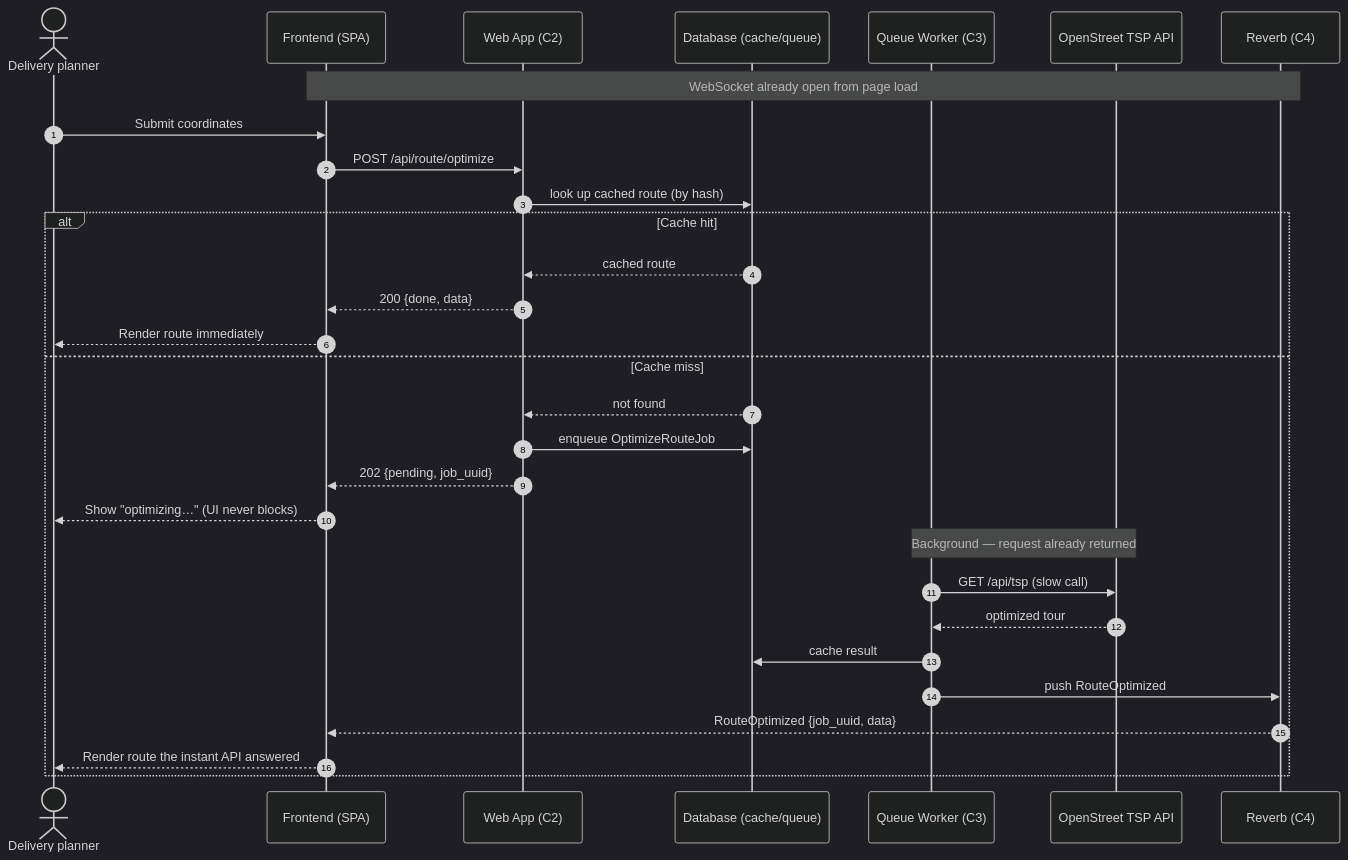
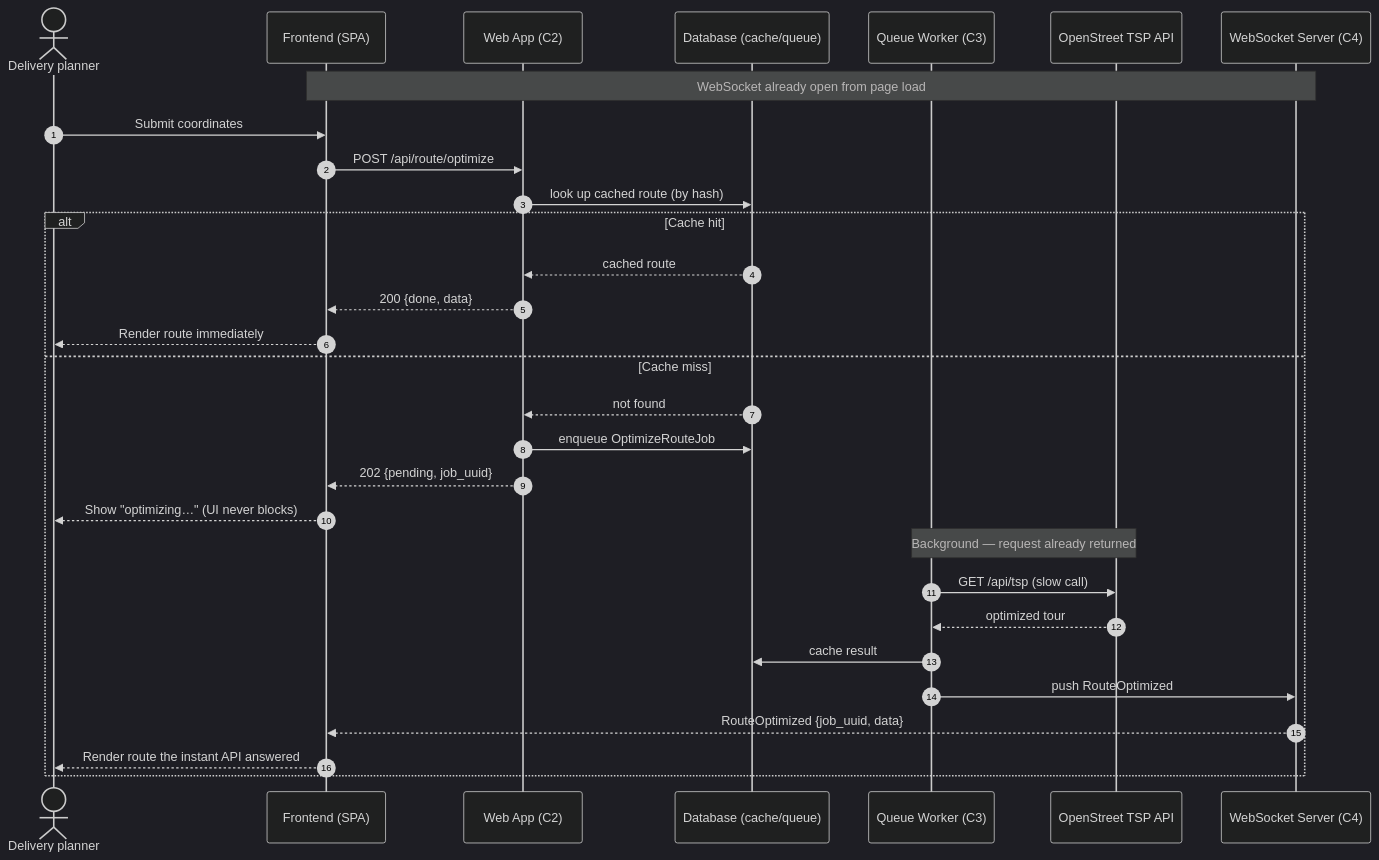
The fourth of 4 diagrams in specs/001-delivery-route-optimization/architecture.md (Bruoche/optistock), drawn with Mermaid (dark theme) before and after one commit. The commit also changed other lines of this file, not shown here.

Commit message:
Clarifying and fixing architecture diagrams

````diff
--- a/specs/001-delivery-route-optimization/architecture.md
+++ b/specs/001-delivery-route-optimization/architecture.md
@@ -208,36 +182,36 @@
 ```mermaid
 sequenceDiagram
     autonumber
     actor U as Delivery planner
     participant F as Frontend (SPA)
     participant W as Web App (C2)
     participant DB as Database (cache/queue)
     participant Q as Queue Worker (C3)
     participant API as OpenStreet TSP API
-    participant WS as Reverb (C4)
+    participant WS as WebSocket Server (C4)
 
     Note over F,WS: WebSocket already open from page load
 
     U->>F: Submit coordinates
     F->>W: POST /api/route/optimize
     W->>DB: look up cached route (by hash)
 
     alt Cache hit
         DB-->>W: cached route
         W-->>F: 200 {done, data}
         F-->>U: Render route immediately
     else Cache miss
         DB-->>W: not found
         W->>DB: enqueue OptimizeRouteJob
         W-->>F: 202 {pending, job_uuid}
         F-->>U: Show "optimizing…" (UI never blocks)
 
         Note over Q,API: Background — request already returned
         Q->>API: GET /api/tsp (slow call)
         API-->>Q: optimized tour
         Q->>DB: cache result
         Q->>WS: push RouteOptimized
         WS-->>F: RouteOptimized {job_uuid, data}
         F-->>U: Render route the instant API answered
     end
 ```
````
